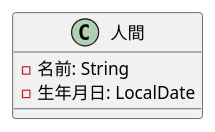
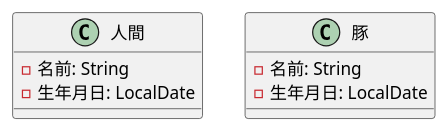
The diagram in test.puml (YamadaKyohei/plantuml-actions-test), drawn with PlantUML before and after one commit.

Commit message:
no message

```diff
--- a/test.puml
+++ b/test.puml
@@ -1,8 +1,13 @@
 @startuml
 
 class 人間 {
 	- 名前: String
 	- 生年月日: LocalDate
 }
 
+class 豚 {
+	- 名前: String
+	- 生年月日: LocalDate
+}
+
 @enduml
```
